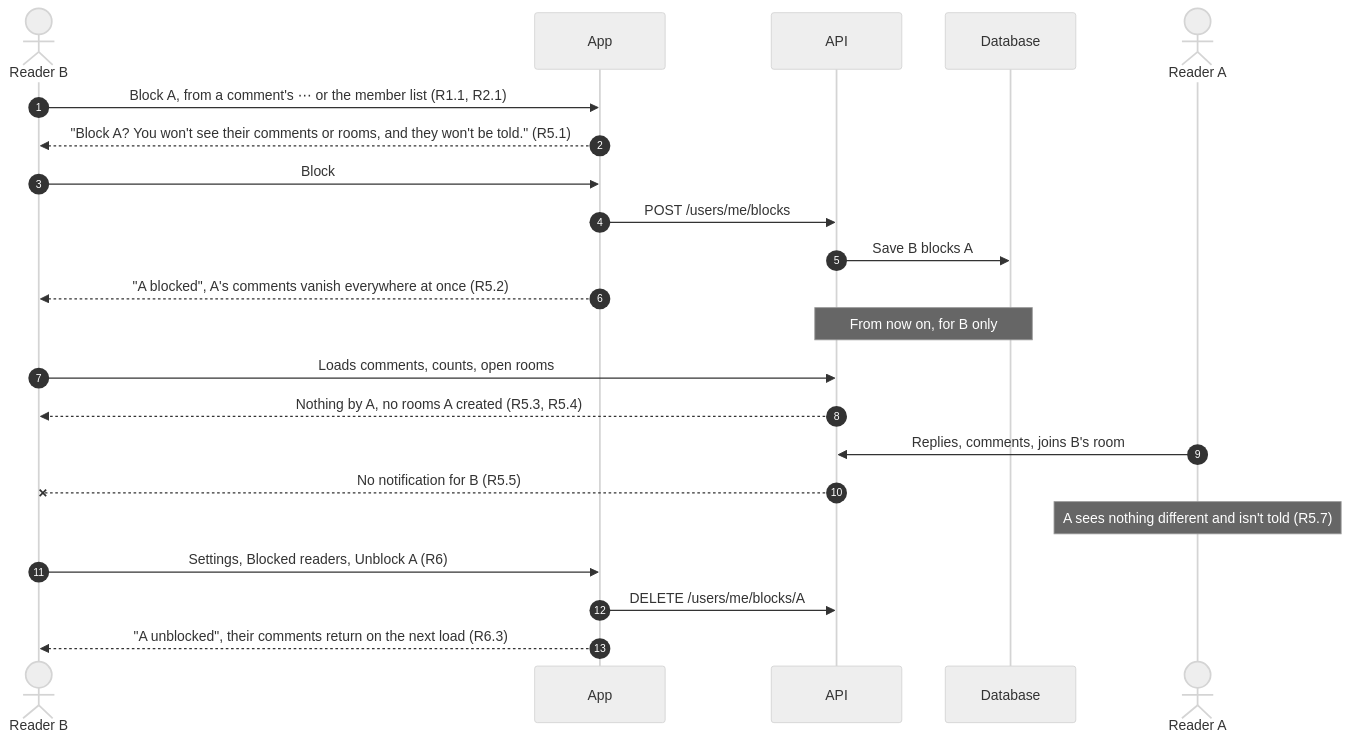
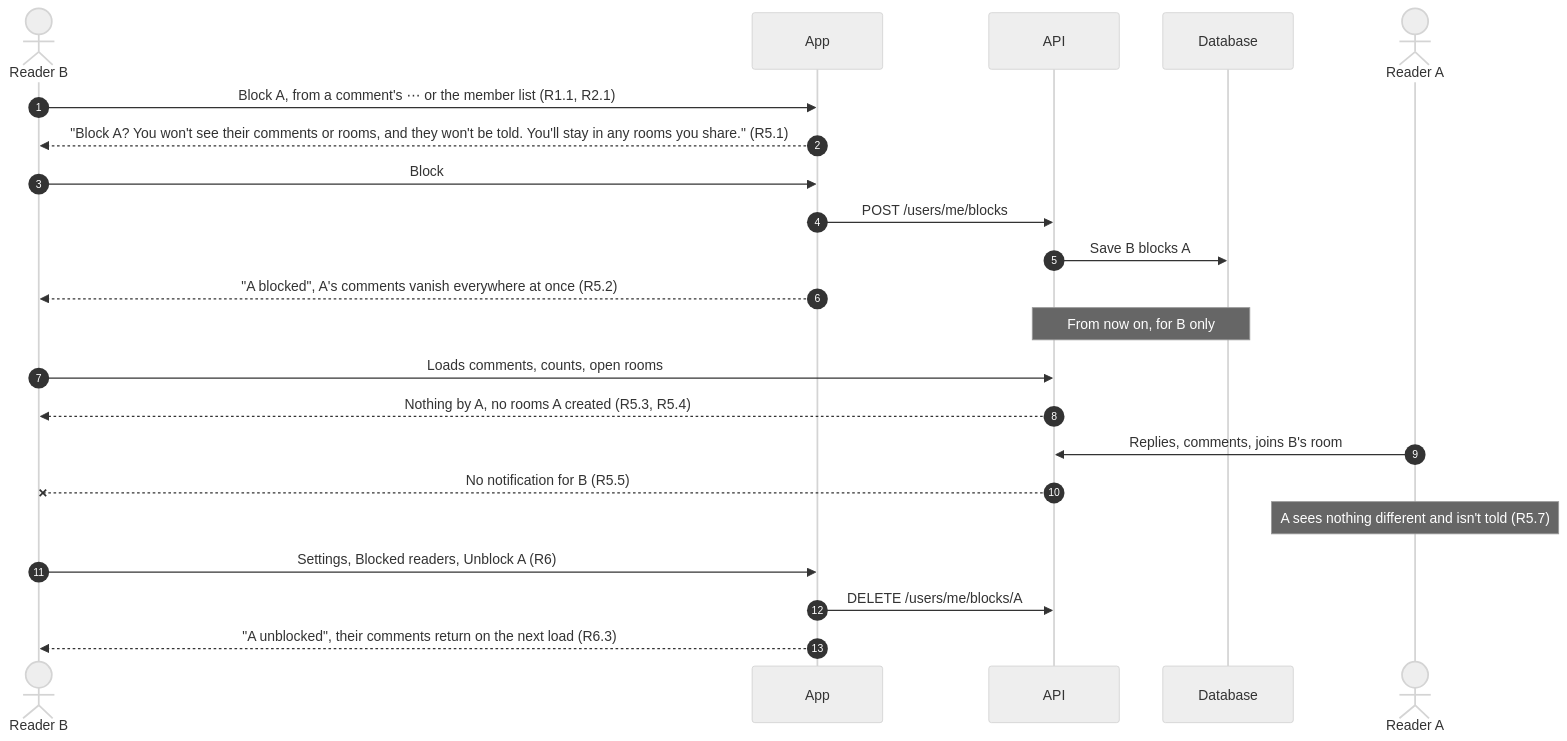
The second of 5 diagrams in specs/report-block/requirements.md (Mavzz/readpanda-mobile), drawn with Mermaid (neutral theme) before and after one commit. The commit also changed other lines of this file and 3 other files, not shown here.

First line of the commit message:
feat(report-block): say you'll stay in shared rooms when you block someone

````diff
--- a/specs/report-block/requirements.md
+++ b/specs/report-block/requirements.md
@@ -88,25 +88,25 @@
 ```mermaid
 sequenceDiagram
     autonumber
     actor B as Reader B
     participant App
     participant API
     participant DB as Database
     actor A as Reader A
 
     B->>App: Block A, from a comment's ⋯ or the member list (R1.1, R2.1)
-    App-->>B: "Block A? You won't see their comments or rooms, and they won't be told." (R5.1)
+    App-->>B: "Block A? You won't see their comments or rooms, and they won't be told. You'll stay in any rooms you share." (R5.1)
     B->>App: Block
     App->>API: POST /users/me/blocks
     API->>DB: Save B blocks A
     App-->>B: "A blocked", A's comments vanish everywhere at once (R5.2)
     Note over API,DB: From now on, for B only
     B->>API: Loads comments, counts, open rooms
     API-->>B: Nothing by A, no rooms A created (R5.3, R5.4)
     A->>API: Replies, comments, joins B's room
     API--xB: No notification for B (R5.5)
     Note over A: A sees nothing different and isn't told (R5.7)
     B->>App: Settings, Blocked readers, Unblock A (R6)
     App->>API: DELETE /users/me/blocks/A
     App-->>B: "A unblocked", their comments return on the next load (R6.3)
 ```
````
